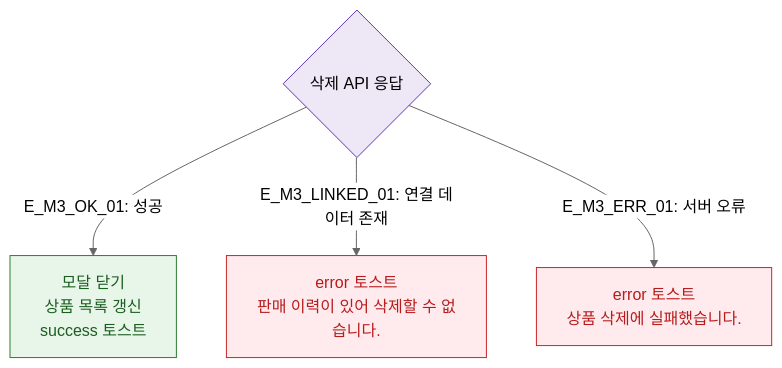
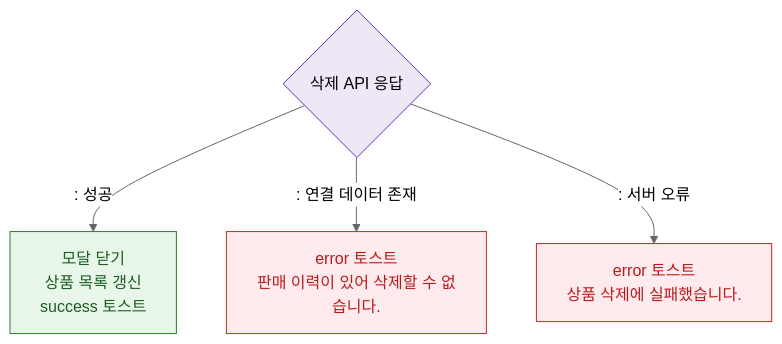
Before and after one commit to dev-spogym/admin-pando: the diagram in docs/다이어그램/D05_상품관리/DLG/DLG-P006_상품삭제확인/M3_결과분기.md, drawn with Mermaid (neutral theme). The commit also changed other lines of this file and 1660 other files, not shown here.

First line of the commit message:
다이어그램: 기획자/클라이언트 납품본으로 정리

````diff
--- a/docs/다이어그램/D05_상품관리/DLG/DLG-P006_상품삭제확인/M3_결과분기.md
+++ b/docs/다이어그램/D05_상품관리/DLG/DLG-P006_상품삭제확인/M3_결과분기.md
@@ -16,13 +14,13 @@
 ```mermaid
 flowchart TD
-    DeleteAPI{삭제 API 응답} -->|"E_M3_OK_01: 성공"| SuccessResult[모달 닫기\n상품 목록 갱신\nsuccess 토스트]
-    DeleteAPI -->|"E_M3_LINKED_01: 연결 데이터 존재"| LinkedErr[error 토스트\n판매 이력이 있어 삭제할 수 없습니다.]
-    DeleteAPI -->|"E_M3_ERR_01: 서버 오류"| ServerErr[error 토스트\n상품 삭제에 실패했습니다.]
+    DeleteAPI{삭제 API 응답} -->|": 성공"|SuccessResult[모달 닫기\n상품 목록 갱신\nsuccess 토스트]
+    DeleteAPI -->|": 연결 데이터 존재"|LinkedErr[error 토스트\n판매 이력이 있어 삭제할 수 없습니다.]
+    DeleteAPI -->|": 서버 오류"|ServerErr[error 토스트\n상품 삭제에 실패했습니다.]
 
     classDef success fill:#E8F5E9,stroke:#2E7D32,color:#1B5E20
     classDef error fill:#FFEBEE,stroke:#C62828,color:#B71C1C
     classDef system fill:#EDE7F6,stroke:#5E35B2
     class SuccessResult success
     class LinkedErr,ServerErr error
     class DeleteAPI system
 ```
````
